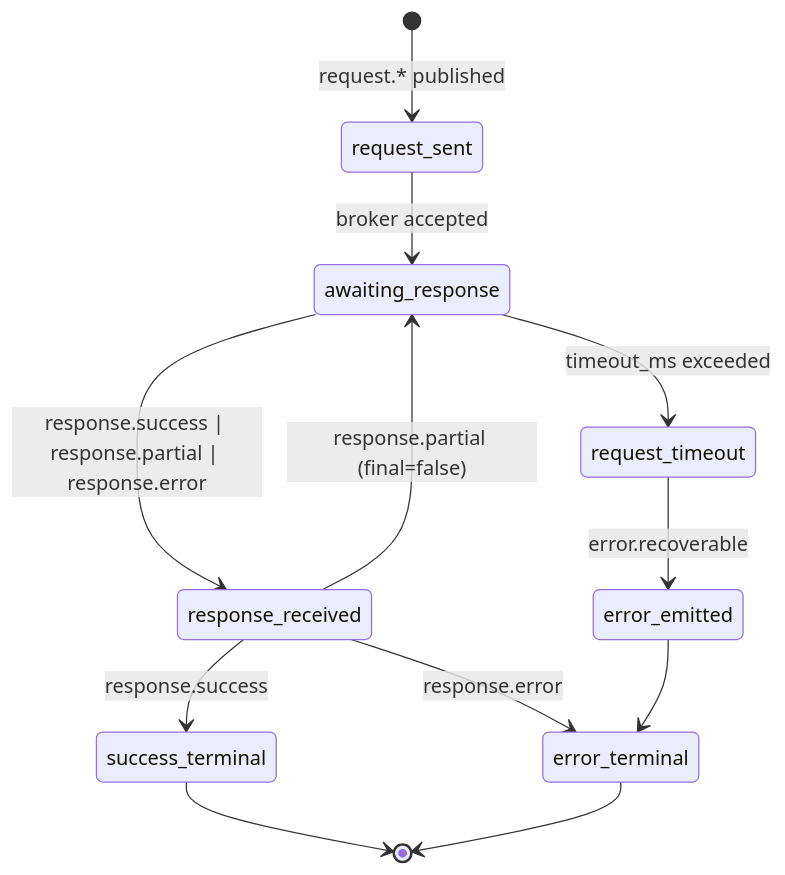
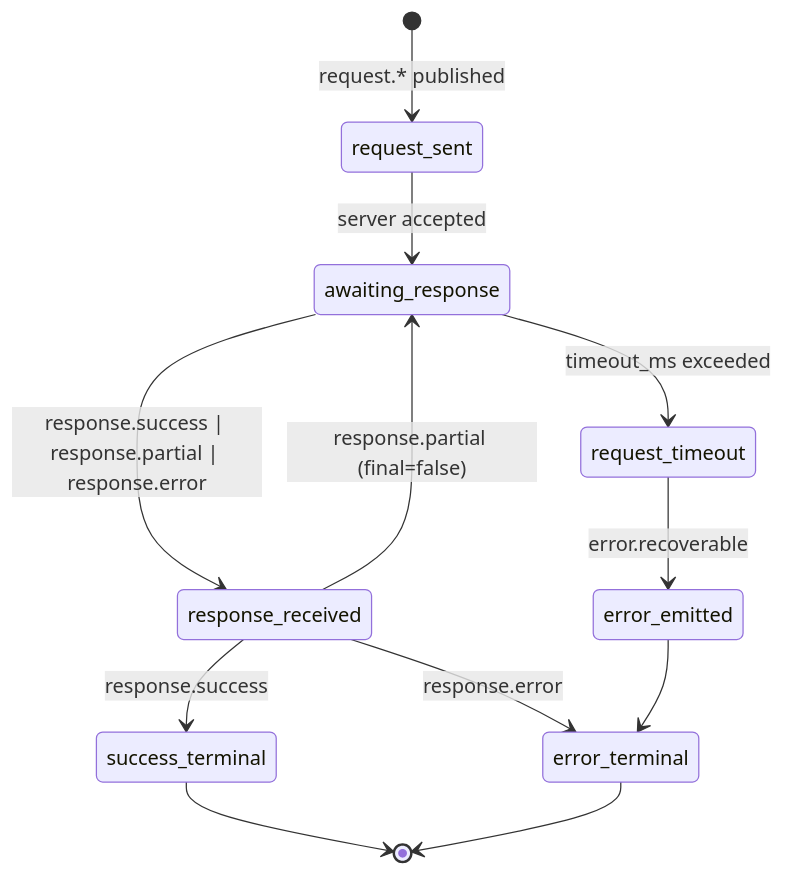
The second of 5 diagrams in docs/architecture/design-spec.md (YourBroDuke/bobberchat), drawn with Mermaid before and after one commit. The commit also changed other lines of this file and 3 other files, not shown here.

Commit message:
docs: Remove NATS and WebSocket references; update architecture to direct PostgreSQL persistence and REST polling

````diff
--- a/docs/architecture/design-spec.md
+++ b/docs/architecture/design-spec.md
@@ -392,14 +390,14 @@
 ```mermaid
 stateDiagram-v2
     [*] --> request_sent: request.* published
-    request_sent --> awaiting_response: broker accepted
+    request_sent --> awaiting_response: server accepted
     awaiting_response --> response_received: response.success | response.partial | response.error
     awaiting_response --> request_timeout: timeout_ms exceeded
     request_timeout --> error_emitted: error.recoverable
     response_received --> success_terminal: response.success
     response_received --> error_terminal: response.error
     response_received --> awaiting_response: response.partial (final=false)
     error_emitted --> error_terminal
     success_terminal --> [*]
     error_terminal --> [*]
 ```
````
